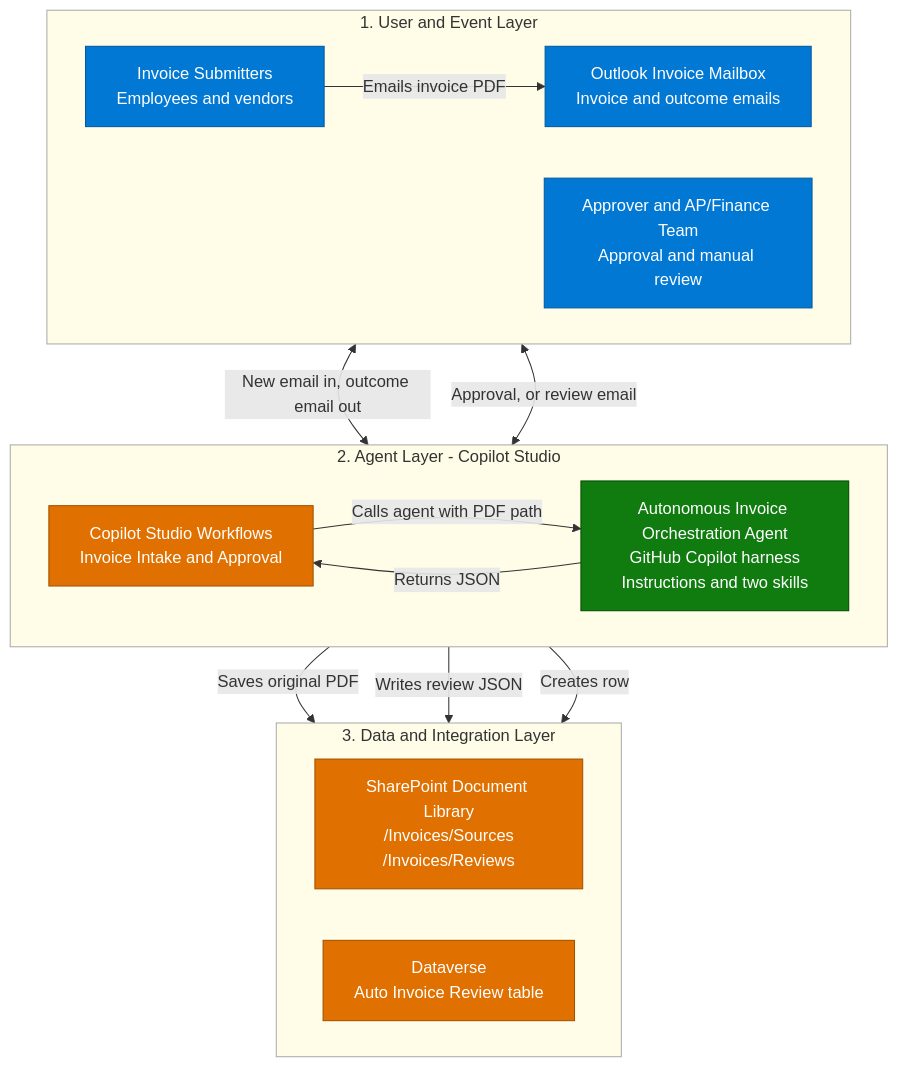
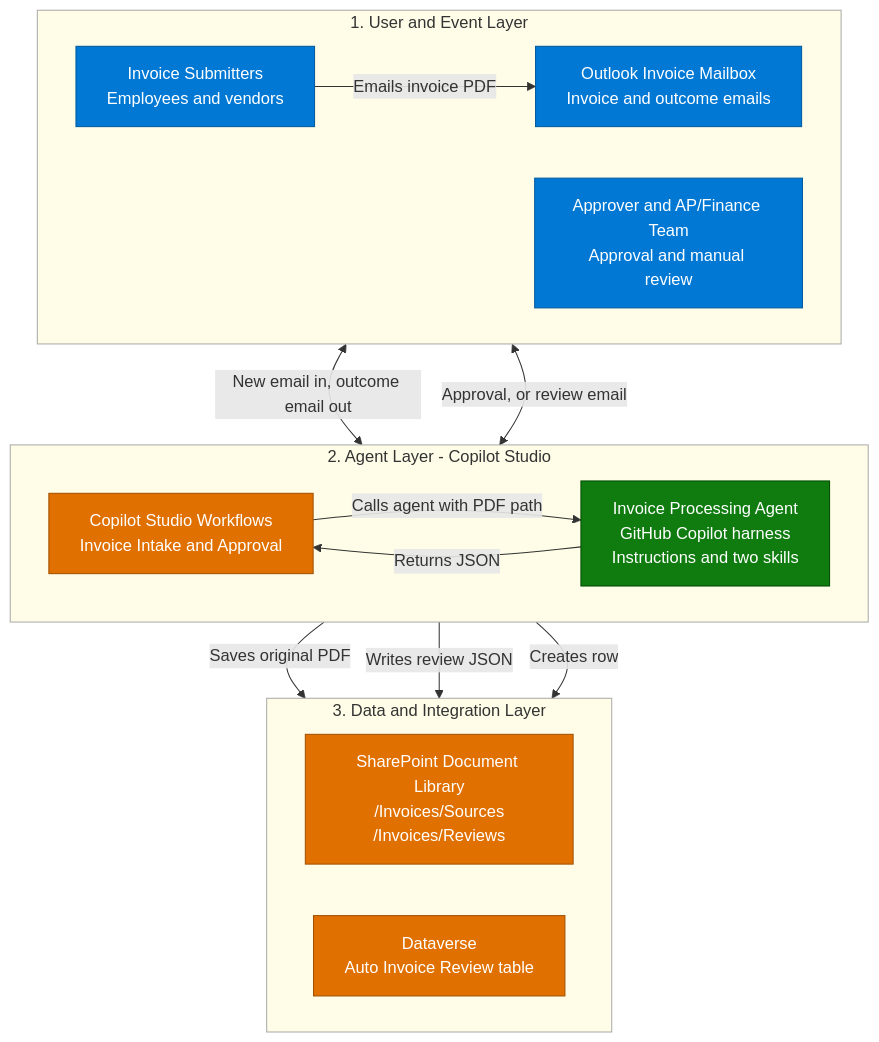
One commit to microsoft/ai-agent-runbooks changed the first of 3 diagrams in 01-scenarios/Autonomous-Invoice-Orchestration-Agent-GHCP/2.Architecture.md. Above: the diagram before and after it, drawn with Mermaid. The commit also changed other lines of this file and 10 other files, not shown here.

First line of the commit message:
Rename agent to Invoice Processing Agent and node to InvoiceProcessingAgent

````diff
--- a/01-scenarios/Autonomous-Invoice-Orchestration-Agent-GHCP/2.Architecture.md
+++ b/01-scenarios/Autonomous-Invoice-Orchestration-Agent-GHCP/2.Architecture.md
@@ -13,39 +13,39 @@
 ```mermaid
 flowchart TB
     subgraph USER["1. User and Event Layer"]
         direction LR
         S["Invoice Submitters<br/>Employees and vendors"]
         M["Outlook Invoice Mailbox<br/>Invoice and outcome emails"]
         R["Approver and AP/Finance Team<br/>Approval and manual review"]
     end
     subgraph AGENT["2. Agent Layer - Copilot Studio"]
         direction LR
         W["Copilot Studio Workflows<br/>Invoice Intake and Approval"]
-        A["Autonomous Invoice Orchestration Agent<br/>GitHub Copilot harness<br/>Instructions and two skills"]
+        A["Invoice Processing Agent<br/>GitHub Copilot harness<br/>Instructions and two skills"]
     end
     subgraph DATA["3. Data and Integration Layer"]
         direction LR
         SP["SharePoint Document Library<br/>/Invoices/Sources<br/>/Invoices/Reviews"]
         DV["Dataverse<br/>Auto Invoice Review table"]
     end
 
     S -->|"Emails invoice PDF"| M
     M <-->|"New email in, outcome email out"| W
     R <-->|"Approval, or review email"| W
     W -->|"Calls agent with PDF path"| A
     A -->|"Returns JSON"| W
     W -->|"Saves original PDF"| SP
     A -->|"Writes review JSON"| SP
     A -->|"Creates row"| DV
 
     style S fill:#0078D4,color:#fff,stroke:#005A9E
     style M fill:#0078D4,color:#fff,stroke:#005A9E
     style R fill:#0078D4,color:#fff,stroke:#005A9E
     style A fill:#107C10,color:#fff,stroke:#004B00
     style W fill:#E07000,color:#fff,stroke:#A05000
     style SP fill:#E07000,color:#fff,stroke:#A05000
     style DV fill:#E07000,color:#fff,stroke:#A05000
     style USER fill:#fffde7,stroke:#aaa
     style AGENT fill:#fffde7,stroke:#aaa
     style DATA fill:#fffde7,stroke:#aaa
 ```
````
